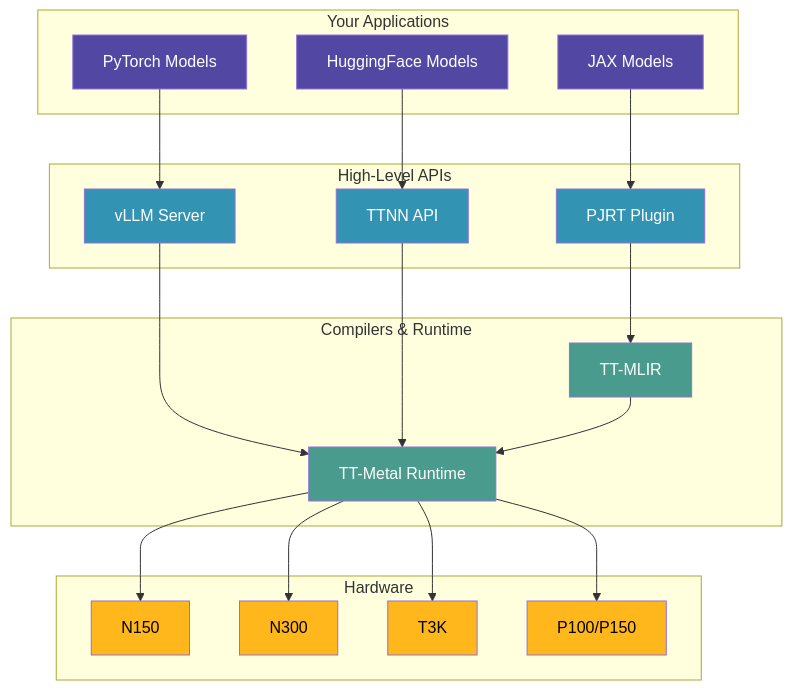
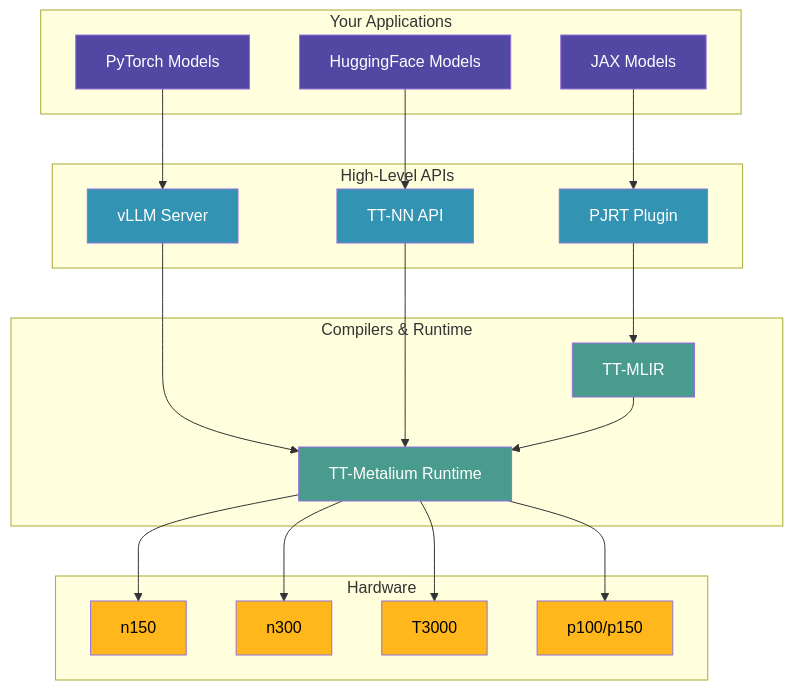
One commit to tenstorrent/tt-vscode-toolkit changed the second of 2 diagrams in content/pages/step-zero.md. Above: the diagram before and after it, drawn with Mermaid. The commit also changed other lines of this file and 139 other files, not shown here.

````diff
--- a/content/pages/step-zero.md
+++ b/content/pages/step-zero.md
@@ -93,53 +93,53 @@
 ```mermaid
 graph TB
     subgraph Applications["Your Applications"]
         JAX[JAX Models]
         PyTorch[PyTorch Models]
         HF[HuggingFace Models]
     end
 
     subgraph HighLevel["High-Level APIs"]
         vLLM[vLLM Server]
         PJRT[PJRT Plugin]
-        TTNN[TTNN API]
+        TT-NN[TT-NN API]
     end
 
     subgraph Compiler["Compilers & Runtime"]
         TTMLIR[TT-MLIR]
-        TTMetal[TT-Metal Runtime]
+        TTMetal[TT-Metalium Runtime]
     end
 
     subgraph Hardware["Hardware"]
-        N150[N150]
-        N300[N300]
-        T3K[T3K]
-        P100[P100/P150]
+        n150[n150]
+        n300[n300]
+        T3000[T3000]
+        p100[p100/p150]
     end
 
     JAX --> PJRT
     PyTorch --> vLLM
-    HF --> TTNN
+    HF --> TT-NN
 
     vLLM --> TTMetal
     PJRT --> TTMLIR
-    TTNN --> TTMetal
+    TT-NN --> TTMetal
 
     TTMLIR --> TTMetal
-    TTMetal --> N150
-    TTMetal --> N300
-    TTMetal --> T3K
-    TTMetal --> P100
+    TTMetal --> n150
+    TTMetal --> n300
+    TTMetal --> T3000
+    TTMetal --> p100
 
     style JAX fill:#5347a4,color:#fff
     style PyTorch fill:#5347a4,color:#fff
     style HF fill:#5347a4,color:#fff
     style vLLM fill:#3293b2,color:#fff
     style PJRT fill:#3293b2,color:#fff
-    style TTNN fill:#3293b2,color:#fff
+    style TT-NN fill:#3293b2,color:#fff
     style TTMLIR fill:#499c8d,color:#fff
     style TTMetal fill:#499c8d,color:#fff
-    style N150 fill:#ffb71b,color:#000
-    style N300 fill:#ffb71b,color:#000
-    style T3K fill:#ffb71b,color:#000
-    style P100 fill:#ffb71b,color:#000
+    style n150 fill:#ffb71b,color:#000
+    style n300 fill:#ffb71b,color:#000
+    style T3000 fill:#ffb71b,color:#000
+    style p100 fill:#ffb71b,color:#000
 ```
````
